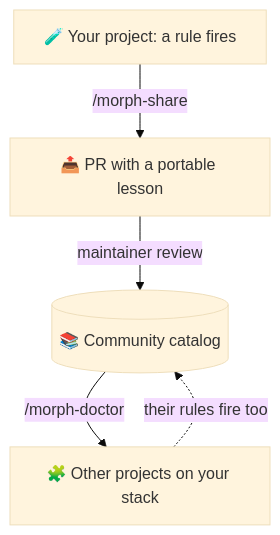
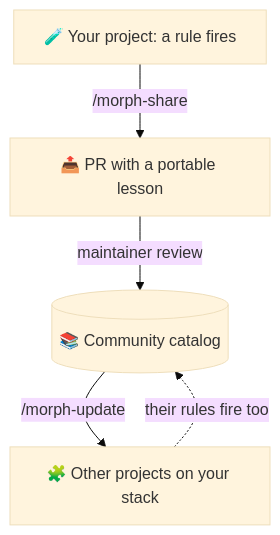
Before and after one commit to Antarsoft/morphness: the second of 2 diagrams in README.md, drawn with Mermaid (base theme). The commit also changed other lines of this file and 26 other files, not shown here.

````diff
--- a/README.md
+++ b/README.md
@@ -235,7 +249,7 @@
 ```mermaid
 flowchart TB
     A["🧪 Your project: a rule fires"] -->|/morph-share| B["📤 PR with a portable lesson"]
     B -->|maintainer review| C[("📚 Community catalog")]
-    C -->|/morph-doctor| D["🧩 Other projects on your stack"]
+    C -->|/morph-update| D["🧩 Other projects on your stack"]
     D -.->|their rules fire too| C
 ```
````
